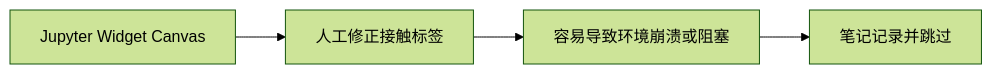
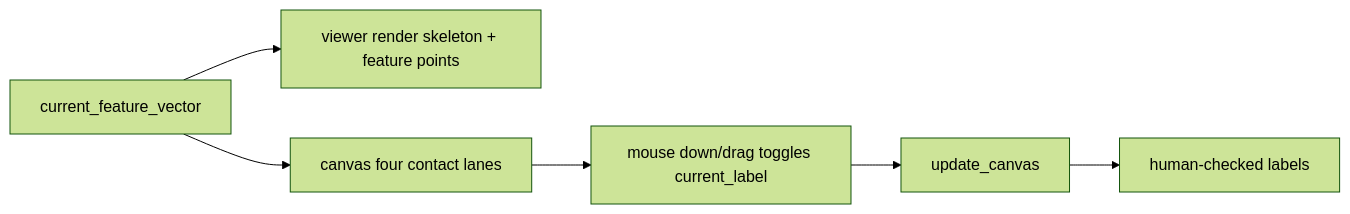
One commit to EvihGraphics/AnimationTech-HTC changed the fifth of 8 diagrams in docs/blog/AnimationPapers/knowing_when_to_put_your_foot_down/README.md. Above: the diagram before and after it, drawn with Mermaid (forest theme). The commit also changed other lines of this file and 6 other files, not shown here.

````diff
--- a/docs/blog/AnimationPapers/knowing_when_to_put_your_foot_down/README.md
+++ b/docs/blog/AnimationPapers/knowing_when_to_put_your_foot_down/README.md
@@ -130,6 +139,8 @@
 ```mermaid
 flowchart LR
-    A[Jupyter Widget Canvas] --> B[人工修正接触标签]
-    B --> C[容易导致环境崩溃或阻塞]
-    C --> D[笔记记录并跳过]
+    A[current_feature_vector] --> B[viewer render skeleton + feature points]
+    A --> C[canvas four contact lanes]
+    C --> D[mouse down/drag toggles current_label]
+    D --> E[update_canvas]
+    E --> F[human-checked labels]
 ```
````
